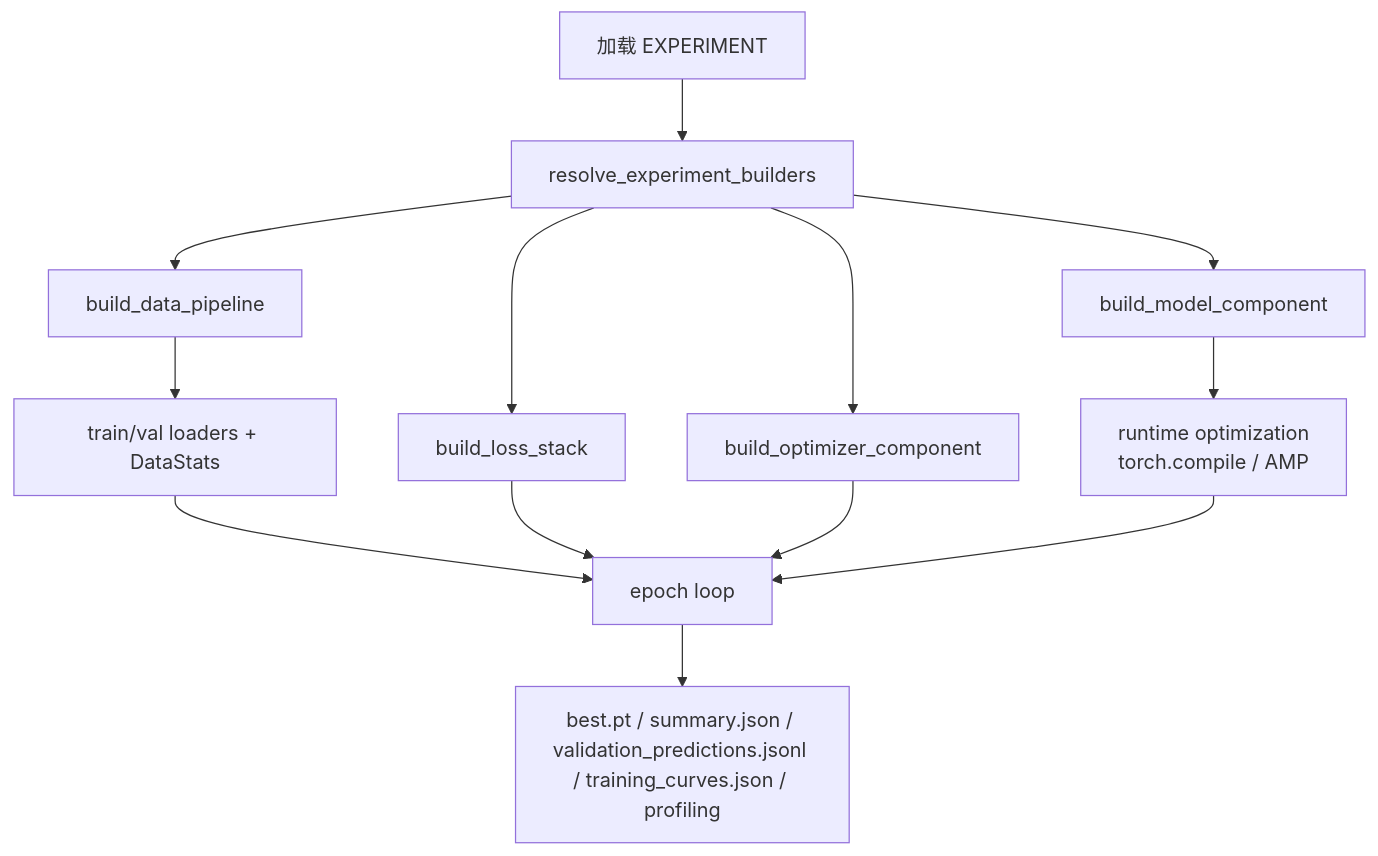
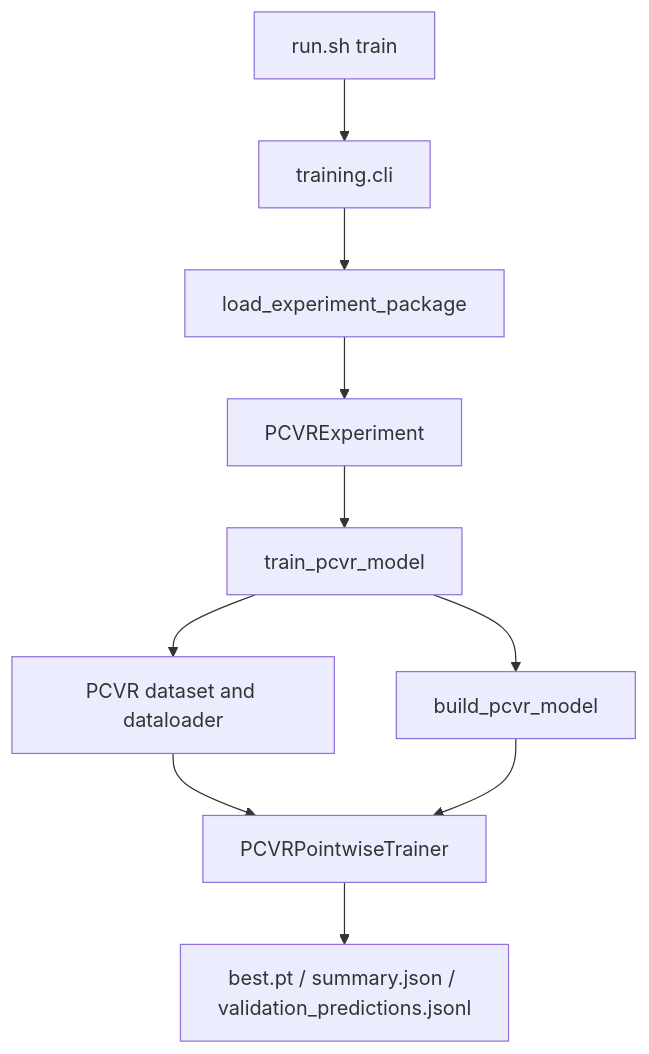
Before and after one commit to Puiching-Memory/TAAC_2026: the diagram in docs/architecture.md, drawn with Mermaid. The commit also changed other lines of this file and 238 other files, not shown here.

Commit message:
Align online training bundle with platform Python runtime

````diff
--- a/docs/architecture.md
+++ b/docs/architecture.md
@@ -132,15 +126,12 @@
 ```mermaid
 graph TD
-    A[加载 EXPERIMENT] --> B[resolve_experiment_builders]
-    B --> C[build_data_pipeline]
-    B --> D[build_model_component]
-    B --> E[build_loss_stack]
-    B --> F[build_optimizer_component]
-    D --> G[runtime optimization<br/>torch.compile / AMP]
-    C --> H[train/val loaders + DataStats]
-    H --> I[epoch loop]
-    E --> I
-    F --> I
-    G --> I
-    I --> J[best.pt / summary.json / validation_predictions.jsonl / training_curves.json / profiling]
+    A[run.sh train] --> B[training.cli]
+    B --> C[load_experiment_package]
+    C --> D[PCVRExperiment]
+    D --> E[train_pcvr_model]
+    E --> F[PCVR dataset and dataloader]
+    E --> G[build_pcvr_model]
+    F --> H[PCVRPointwiseTrainer]
+    G --> H
+    H --> I[best.pt / summary.json / validation_predictions.jsonl]
 ```
````
